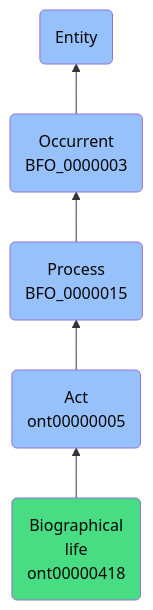
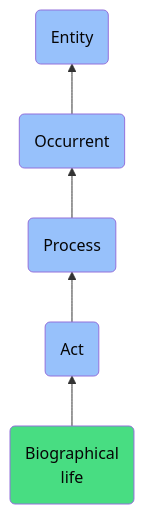
One commit to jupyter-naas/abi changed the diagram in docs/ontology/reference/model/Entity/Occurrent/Process/Act/Biographical life/Biographical life.md. Above: the diagram before and after it, drawn with Mermaid. The commit also changed other lines of this file and 1430 other files, not shown here.

````diff
--- a/docs/ontology/reference/model/Entity/Occurrent/Process/Act/Biographical life/Biographical life.md
+++ b/docs/ontology/reference/model/Entity/Occurrent/Process/Act/Biographical life/Biographical life.md
@@ -24,12 +24,12 @@
 ```mermaid
 graph BT
-    ont00000418(Biographical<br>life<br>ont00000418):::ABI-->ont00000005
-    ont00000005(Act<br>ont00000005):::BFO-->BFO_0000015
-    BFO_0000015(Process<br>BFO_0000015):::BFO-->BFO_0000003
-    BFO_0000003(Occurrent<br>BFO_0000003):::BFO-->BFO_0000001
+    ont00000418(Biographical<br>life):::ABI-->ont00000005
+    ont00000005(Act):::BFO-->BFO_0000015
+    BFO_0000015(Process):::BFO-->BFO_0000003
+    BFO_0000003(Occurrent):::BFO-->BFO_0000001
     BFO_0000001(Entity):::BFO
     
     classDef BFO fill:#97c1fb,color:#060606
     classDef CCO fill:#e4c51e,color:#060606
     classDef ABI fill:#48DD82,color:#060606
 ```
````
